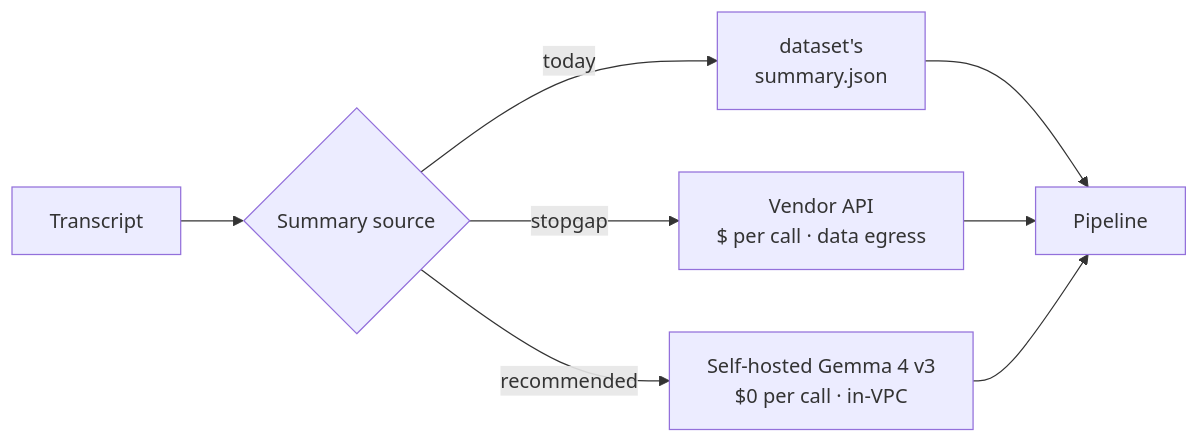
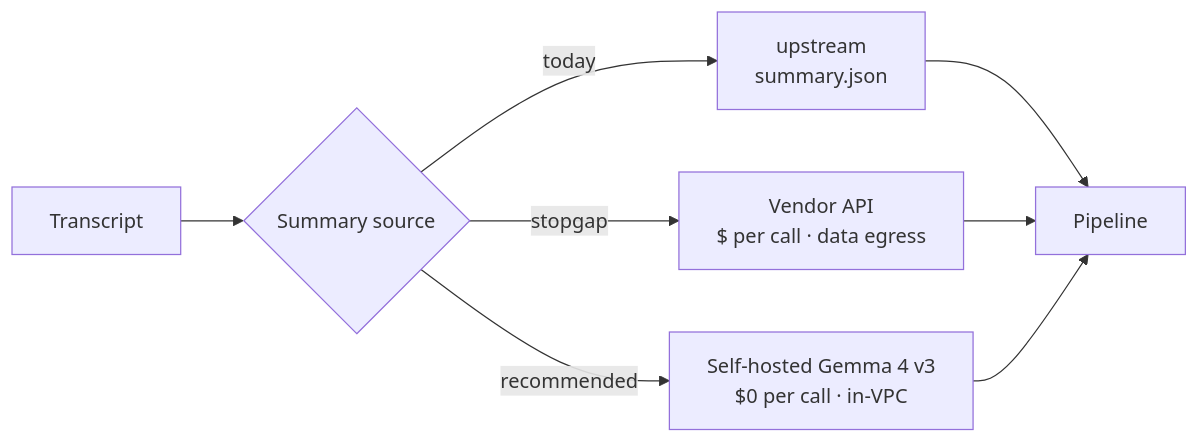
The second of 3 diagrams in docs/APPROACH.md (r2st/rubrik), drawn with Mermaid before and after one commit. The commit also changed other lines of this file and 13 other files, not shown here.

````diff
--- a/docs/APPROACH.md
+++ b/docs/APPROACH.md
@@ -139,10 +139,10 @@
 ```mermaid
 flowchart LR
     Trans[Transcript] --> Pipe{Summary source}
-    Pipe -->|today| Gold["dataset's<br/>summary.json"]
+    Pipe -->|today| Gold["upstream<br/>summary.json"]
     Pipe -->|stopgap| Vendor["Vendor API<br/>$ per call · data egress"]
     Pipe -->|recommended| Gemma["Self-hosted Gemma 4 v3<br/>$0 per call · in-VPC"]
     Gold --> Insights[Pipeline]
     Vendor --> Insights
     Gemma --> Insights
 ```
````
